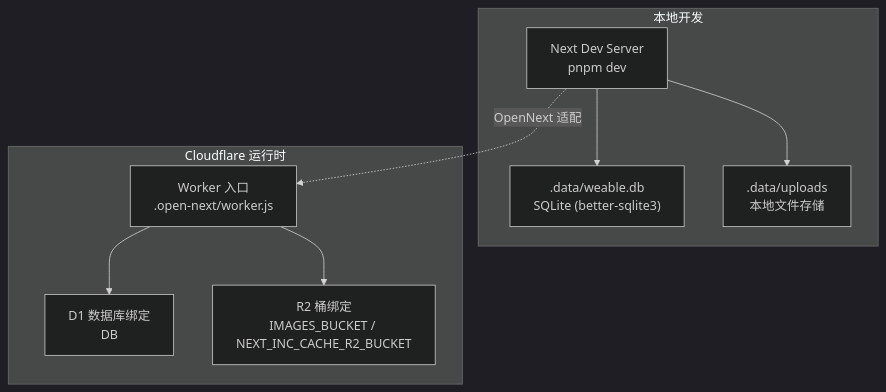
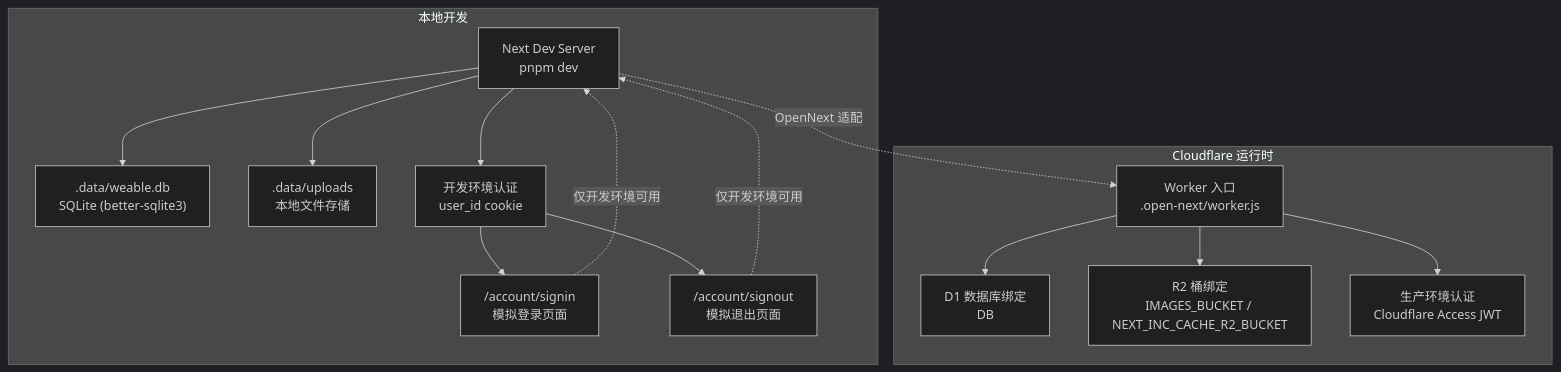
Before and after one commit to pnnh/weable: the second of 7 diagrams in .qoder/repowiki/zh/content/部署指南/开发环境搭建.md, drawn with Mermaid (dark theme). The commit also changed other lines of this file and 161 other files, not shown here.

````diff
--- a/.qoder/repowiki/zh/content/部署指南/开发环境搭建.md
+++ b/.qoder/repowiki/zh/content/部署指南/开发环境搭建.md
@@ -88,12 +110,18 @@
 ```mermaid
 graph TB
 subgraph "本地开发"
 NDEV["Next Dev Server<br/>pnpm dev"] --> DBLOCAL[".data/weable.db<br/>SQLite (better-sqlite3)"]
 NDEV --> STORAGELOCAL[".data/uploads<br/>本地文件存储"]
+NDEV --> AUTHDEV["开发环境认证<br/>user_id cookie"]
+AUTHDEV --> SIGNIN["/account/signin<br/>模拟登录页面"]
+AUTHDEV --> SIGNOUT["/account/signout<br/>模拟退出页面"]
 end
 subgraph "Cloudflare 运行时"
 CF["Worker 入口<br/>.open-next/worker.js"] --> D1["D1 数据库绑定<br/>DB"]
 CF --> R2["R2 桶绑定<br/>IMAGES_BUCKET / NEXT_INC_CACHE_R2_BUCKET"]
+CF --> AUTHPROD["生产环境认证<br/>Cloudflare Access JWT"]
 end
 NDEV -.->|OpenNext 适配| CF
+SIGNIN -.->|仅开发环境可用| NDEV
+SIGNOUT -.->|仅开发环境可用| NDEV
 ```
````
